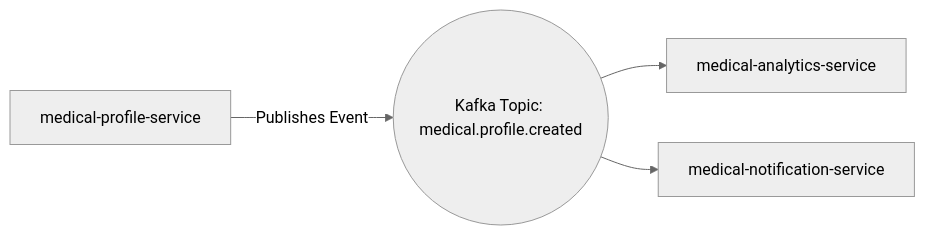
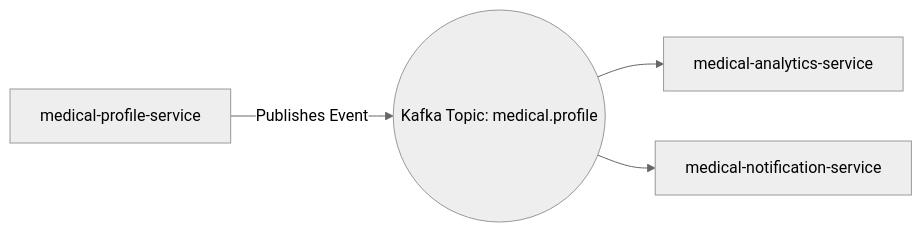
Before and after one commit to PritiAryal/MediCore: the first of 2 diagrams in medical-profile-service/README.md, drawn with Mermaid (neutral theme). The commit also changed other lines of this file and 3 other files, not shown here.

Commit message:
Updated Readme for medical-profile-service

````diff
--- a/medical-profile-service/README.md
+++ b/medical-profile-service/README.md
@@ -366,6 +361,6 @@
 ```mermaid
 graph LR
-    A[medical-profile-service] -- Publishes Event --> B((Kafka Topic: medical.profile.created))
+    A[medical-profile-service] -- Publishes Event --> B((Kafka Topic: medical.profile))
     B --> C[medical-analytics-service]
     B --> D[medical-notification-service]
 ```
````
